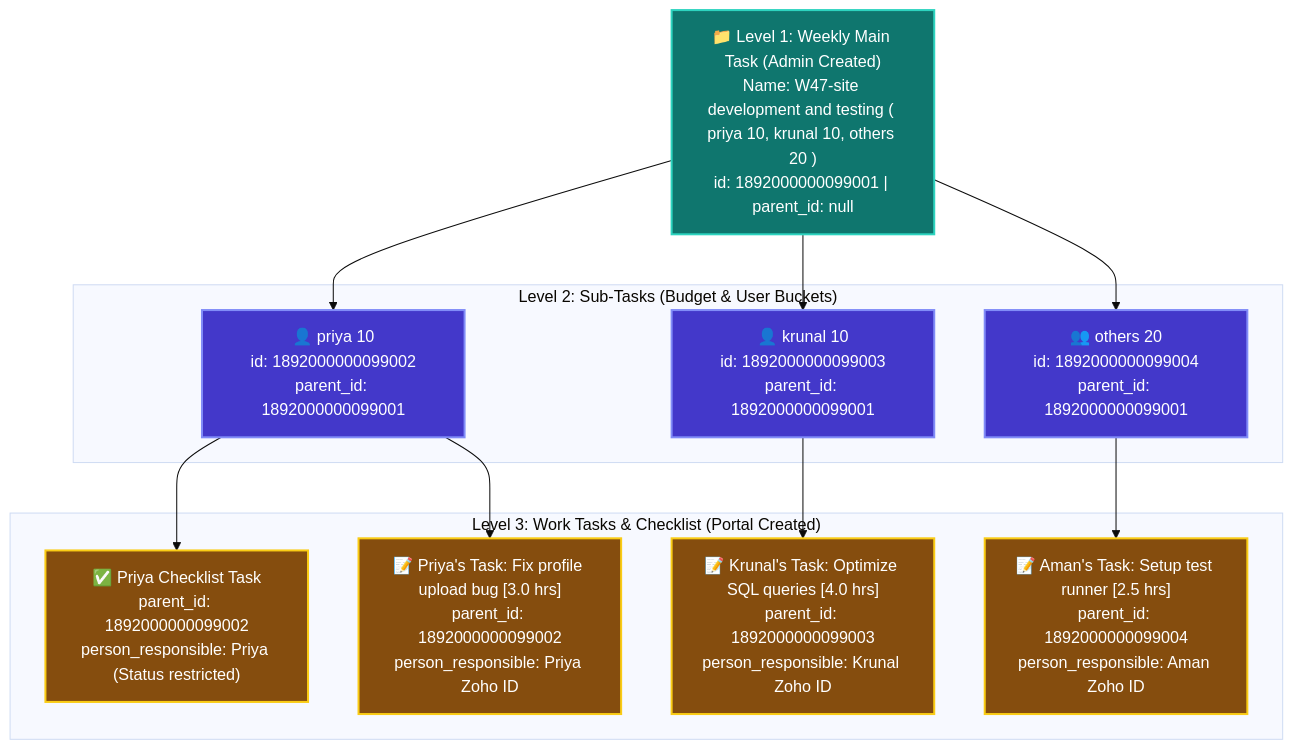
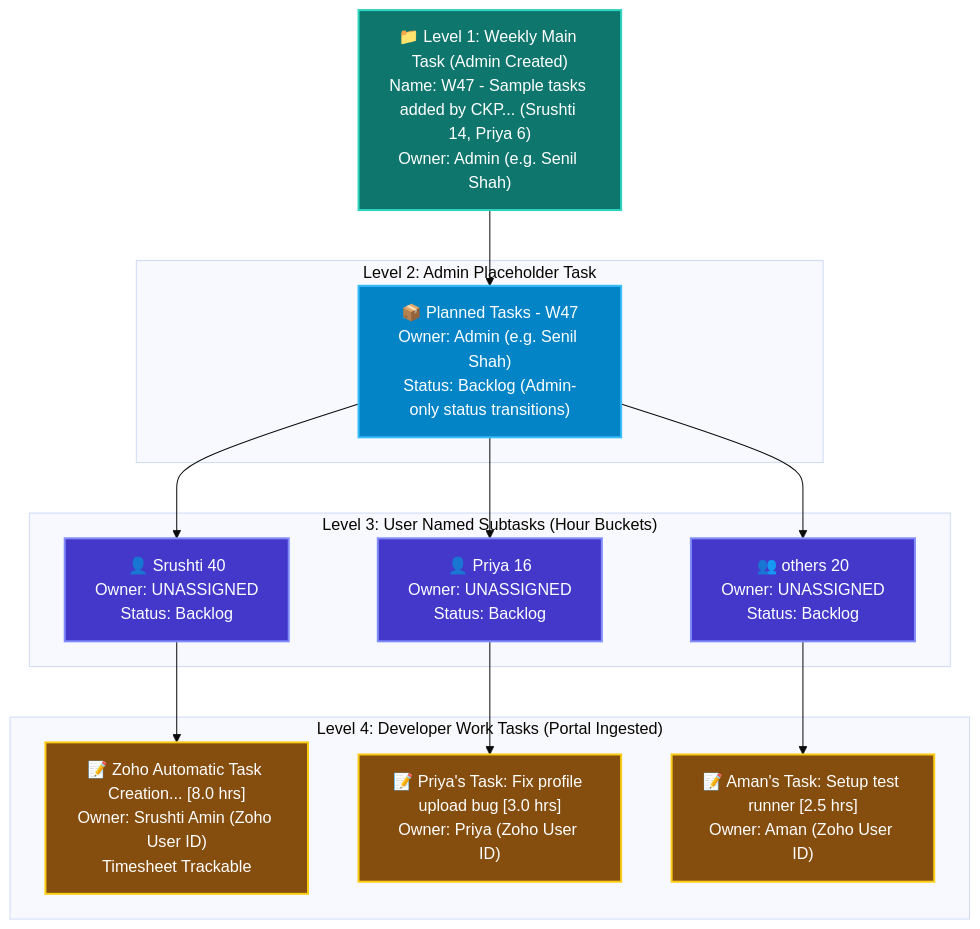
Before and after one commit to Creolestudios/creole-knowledge-portal: the second of 3 diagrams in wiki/Zoho_Next_Day_Task_Planning_And_Hierarchy_Workflow.md, drawn with Mermaid (base theme). The commit also changed other lines of this file and 18 other files, not shown here.

Commit message:
feat(zoho): master email toggle, user-assigned projects filter, duration formatting, and hierarchy alignment

````diff
--- a/wiki/Zoho_Next_Day_Task_Planning_And_Hierarchy_Workflow.md
+++ b/wiki/Zoho_Next_Day_Task_Planning_And_Hierarchy_Workflow.md
@@ -67,34 +67,39 @@
 ```mermaid
 graph TD
-    Main["📁 Level 1: Weekly Main Task (Admin Created)<br/>Name: W47-site development and testing ( priya 10, krunal 10, others 20 )<br/>id: 1892000000099001 | parent_id: null"]
+    Main["📁 Level 1: Weekly Main Task (Admin Created)<br/>Name: W47 - Sample tasks added by CKP... (Srushti 14, Priya 6)<br/>Owner: Admin (e.g. Senil Shah)"]
 
-    subgraph "Level 2: Sub-Tasks (Budget & User Buckets)"
-        Sub_Priya["👤 priya 10<br/>id: 1892000000099002<br/>parent_id: 1892000000099001"]
-        Sub_Krunal["👤 krunal 10<br/>id: 1892000000099003<br/>parent_id: 1892000000099001"]
-        Sub_Others["👥 others 20<br/>id: 1892000000099004<br/>parent_id: 1892000000099001"]
+    subgraph "Level 2: Admin Placeholder Task"
+        Placeholder["📦 Planned Tasks - W47<br/>Owner: Admin (e.g. Senil Shah)<br/>Status: Backlog (Admin-only status transitions)"]
     end
 
-    subgraph "Level 3: Work Tasks & Checklist (Portal Created)"
-        Check_Priya["✅ Priya Checklist Task<br/>parent_id: 1892000000099002<br/>person_responsible: Priya (Status restricted)"]
-        Task_Priya["📝 Priya's Task: Fix profile upload bug [3.0 hrs]<br/>parent_id: 1892000000099002<br/>person_responsible: Priya Zoho ID"]
-        Task_Krunal["📝 Krunal's Task: Optimize SQL queries [4.0 hrs]<br/>parent_id: 1892000000099003<br/>person_responsible: Krunal Zoho ID"]
-        Task_Aman["📝 Aman's Task: Setup test runner [2.5 hrs]<br/>parent_id: 1892000000099004<br/>person_responsible: Aman Zoho ID"]
+    subgraph "Level 3: User Named Subtasks (Hour Buckets)"
+        Sub_Srushti["👤 Srushti 40<br/>Owner: UNASSIGNED<br/>Status: Backlog"]
+        Sub_Priya["👤 Priya 16<br/>Owner: UNASSIGNED<br/>Status: Backlog"]
+        Sub_Others["👥 others 20<br/>Owner: UNASSIGNED<br/>Status: Backlog"]
     end
 
-    Main --> Sub_Priya
-    Main --> Sub_Krunal
-    Main --> Sub_Others
+    subgraph "Level 4: Developer Work Tasks (Portal Ingested)"
+        Task_Srushti["📝 Zoho Automatic Task Creation... [8.0 hrs]<br/>Owner: Srushti Amin (Zoho User ID)<br/>Timesheet Trackable"]
+        Task_Priya["📝 Priya's Task: Fix profile upload bug [3.0 hrs]<br/>Owner: Priya (Zoho User ID)"]
+        Task_Others["📝 Aman's Task: Setup test runner [2.5 hrs]<br/>Owner: Aman (Zoho User ID)"]
+    end
 
-    Sub_Priya --> Check_Priya
+    Main --> Placeholder
+    Placeholder --> Sub_Srushti
+    Placeholder --> Sub_Priya
+    Placeholder --> Sub_Others
+
+    Sub_Srushti --> Task_Srushti
     Sub_Priya --> Task_Priya
-    Sub_Krunal --> Task_Krunal
-    Sub_Others --> Task_Aman
+    Sub_Others --> Task_Others
 
     classDef main fill:#0f766e,stroke:#2dd4bf,stroke-width:2px,color:#fff;
+    classDef placeholder fill:#0284c7,stroke:#38bdf8,stroke-width:2px,color:#fff;
     classDef sub fill:#4338ca,stroke:#818cf8,stroke-width:2px,color:#fff;
     classDef task fill:#854d0e,stroke:#facc15,stroke-width:2px,color:#fff;
 
     class Main main;
-    class Sub_Priya,Sub_Krunal,Sub_Others sub;
-    class Check_Priya,Task_Priya,Task_Krunal,Task_Aman task;
+    class Placeholder placeholder;
+    class Sub_Srushti,Sub_Priya,Sub_Others sub;
+    class Task_Srushti,Task_Priya,Task_Others task;
 ```
````
